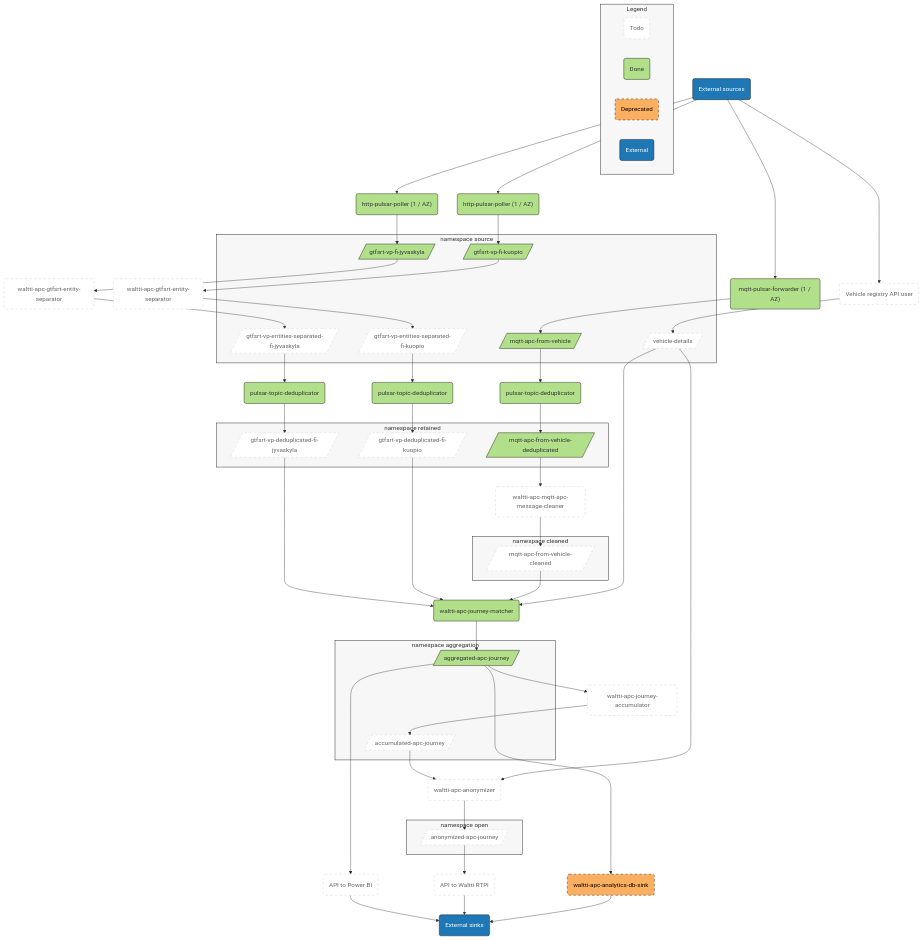
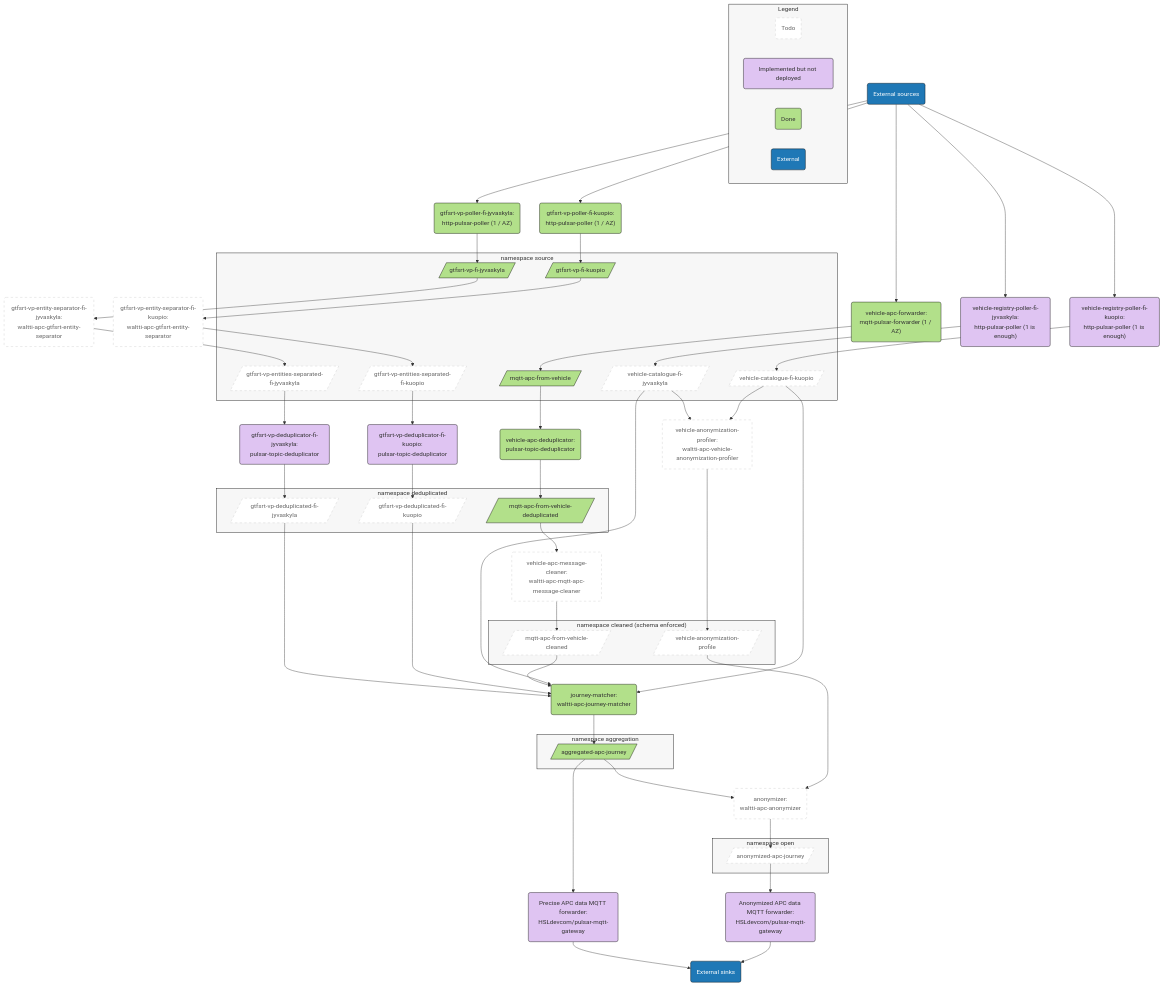
One commit to tvv-lippu-ja-maksujarjestelma-oy/waltti-apc changed the second of 2 diagrams in README.md. Above: the diagram before and after it, drawn with Mermaid. The commit also changed other lines of this file, not shown here.

Commit message:
docs: Update diagrams

````diff
--- a/README.md
+++ b/README.md
@@ -126,38 +109,38 @@
 
   %% Nodes
 
-  accumulator("waltti-apc-journey-accumulator")
-  anonymizer("waltti-apc-anonymizer")
-  apitopowerbi("API to Power BI")
-  apitortpioutput("API to Waltti RTPI")
-  dbsink("waltti-apc-analytics-db-sink")
+  anonymizer("anonymizer:<br/>waltti-apc-anonymizer")
   externalsinks("External sinks")
   externalsources("External sources")
-  gtfsrtentitydeduplicatorfijyvaskyla("pulsar-topic-deduplicator")
-  gtfsrtentitydeduplicatorfikuopio("pulsar-topic-deduplicator")
-  gtfsrtentityseparatorfijyvaskyla("waltti-apc-gtfsrt-entity-separator")
-  gtfsrtentityseparatorfikuopio("waltti-apc-gtfsrt-entity-separator")
-  httppulsarpollerfijyvaskyla("http-pulsar-poller (1 / AZ)")
-  httppulsarpollerfikuopio("http-pulsar-poller (1 / AZ)")
-  matcher("waltti-apc-journey-matcher")
-  mqttapcmessagecleaner("waltti-apc-mqtt-apc-message-cleaner")
-  mqttdeduplicator("pulsar-topic-deduplicator")
-  mqttpulsarforwarder("mqtt-pulsar-forwarder (1 / AZ)")
-  vehicleregistryapiuser("Vehicle registry API user")
+  gtfsrtentitydeduplicatorfijyvaskyla("gtfsrt-vp-deduplicator-fi-jyvaskyla:<br/>pulsar-topic-deduplicator")
+  gtfsrtentitydeduplicatorfikuopio("gtfsrt-vp-deduplicator-fi-kuopio:<br/>pulsar-topic-deduplicator")
+  gtfsrtentityseparatorfijyvaskyla("gtfsrt-vp-entity-separator-fi-jyvaskyla:<br/>waltti-apc-gtfsrt-entity-separator")
+  gtfsrtentityseparatorfikuopio("gtfsrt-vp-entity-separator-fi-kuopio:<br/>waltti-apc-gtfsrt-entity-separator")
+  gtfsrtpollerfijyvaskyla("gtfsrt-vp-poller-fi-jyvaskyla:<br/>http-pulsar-poller (1 / AZ)")
+  httppulsarpollerfikuopio("gtfsrt-vp-poller-fi-kuopio:<br/>http-pulsar-poller (1 / AZ)")
+  matcher("journey-matcher:<br/>waltti-apc-journey-matcher")
+  mqttapcmessagecleaner("vehicle-apc-message-cleaner:<br/>waltti-apc-mqtt-apc-message-cleaner")
+  mqttdeduplicator("vehicle-apc-deduplicator:<br/>pulsar-topic-deduplicator")
+  mqttpulsarforwarder("vehicle-apc-forwarder:<br/>mqtt-pulsar-forwarder (1 / AZ)")
+  pulsarmqttforwardertopowerbi("Precise APC data MQTT forwarder:<br/>HSLdevcom/pulsar-mqtt-gateway")
+  pulsarmqttforwardertortpioutput("Anonymized APC data MQTT forwarder:<br/>HSLdevcom/pulsar-mqtt-gateway")
+  vehicleanonymizationprofiler("vehicle-anonymization-profiler:<br/>waltti-apc-vehicle-anonymization-profiler")
+  vehicleregistrypollerfijyvaskyla("vehicle-registry-poller-fi-jyvaskyla:<br/>http-pulsar-poller (1 is enough)")
+  vehicleregistrypollerfikuopio("vehicle-registry-poller-fi-kuopio:<br/>http-pulsar-poller (1 is enough)")
   subgraph nsaggregation["namespace aggregation"]
-    accumulated[/"accumulated-apc-journey"/]
     aggregated[/"aggregated-apc-journey"/]
   end
-  subgraph nscleaned["namespace cleaned"]
+  subgraph nscleaned["namespace cleaned (schema enforced)"]
     mqttcleaned[/"mqtt-apc-from-vehicle-cleaned"/]
+    vehicleanonymizationprofile[/"vehicle-anonymization-profile"/]
+  end
+  subgraph nsdeduplicated["namespace deduplicated"]
+    gtfsrtdeduplicatedfijyvaskyla[/"gtfsrt-vp-deduplicated-fi-jyvaskyla"/]
+    gtfsrtdeduplicatedfikuopio[/"gtfsrt-vp-deduplicated-fi-kuopio"/]
+    mqttdeduplicated[/"mqtt-apc-from-vehicle-deduplicated"/]
   end
   subgraph nsopen["namespace open"]
     anonymized[/"anonymized-apc-journey"/]
-  end
-  subgraph nsretained["namespace retained"]
-    gtfsrtdeduplicatedfijyvaskyla[/"gtfsrt-vp-deduplicated-fi-jyvaskyla"/]
-    gtfsrtdeduplicatedfikuopio[/"gtfsrt-vp-deduplicated-fi-kuopio"/]
-    mqttdeduplicated[/"mqtt-apc-from-vehicle-deduplicated"/]
   end
   subgraph nssource["namespace source"]
     gtfsrtrawfijyvaskyla[/"gtfsrt-vp-fi-jyvaskyla"/]
@@ -165,25 +148,21 @@
     gtfsrtseparatedfijyvaskyla[/"gtfsrt-vp-entities-separated-fi-jyvaskyla"/]
     gtfsrtseparatedfikuopio[/"gtfsrt-vp-entities-separated-fi-kuopio"/]
     mqttraw[/"mqtt-apc-from-vehicle"/]
-    vehicledetails[/"vehicle-details"/]
+    vehicledetailsfijyvaskyla[/"vehicle-catalogue-fi-jyvaskyla"/]
+    vehicledetailsfikuopio[/"vehicle-catalogue-fi-kuopio"/]
   end
 
   %% Edges
 
-  accumulated --> anonymizer
-  accumulator --> accumulated
-  aggregated --> accumulator
-  aggregated --> apitopowerbi
-  aggregated --> dbsink
-  anonymized --> apitortpioutput
+  aggregated --> anonymizer
+  aggregated --> pulsarmqttforwardertopowerbi
+  anonymized --> pulsarmqttforwardertortpioutput
   anonymizer --> anonymized
-  apitopowerbi --> externalsinks
-  apitortpioutput --> externalsinks
-  dbsink --> externalsinks
-  externalsources --> httppulsarpollerfijyvaskyla
+  externalsources --> gtfsrtpollerfijyvaskyla
   externalsources --> httppulsarpollerfikuopio
   externalsources --> mqttpulsarforwarder
-  externalsources --> vehicleregistryapiuser
+  externalsources --> vehicleregistrypollerfijyvaskyla
+  externalsources --> vehicleregistrypollerfikuopio
   gtfsrtdeduplicatedfijyvaskyla --> matcher
   gtfsrtdeduplicatedfikuopio --> matcher
   gtfsrtentitydeduplicatorfijyvaskyla --> gtfsrtdeduplicatedfijyvaskyla
@@ -194,7 +173,7 @@
   gtfsrtrawfikuopio --> gtfsrtentityseparatorfikuopio
   gtfsrtseparatedfijyvaskyla --> gtfsrtentitydeduplicatorfijyvaskyla
   gtfsrtseparatedfikuopio --> gtfsrtentitydeduplicatorfikuopio
-  httppulsarpollerfijyvaskyla --> gtfsrtrawfijyvaskyla
+  gtfsrtpollerfijyvaskyla --> gtfsrtrawfijyvaskyla
   httppulsarpollerfikuopio --> gtfsrtrawfikuopio
   matcher --> aggregated
   mqttapcmessagecleaner --> mqttcleaned
@@ -203,22 +182,24 @@
   mqttdeduplicator --> mqttdeduplicated
   mqttpulsarforwarder --> mqttraw
   mqttraw --> mqttdeduplicator
-  vehicledetails --> anonymizer
-  vehicledetails --> matcher
-  vehicleregistryapiuser --> vehicledetails
+  pulsarmqttforwardertopowerbi --> externalsinks
+  pulsarmqttforwardertortpioutput --> externalsinks
+  vehicleanonymizationprofile --> anonymizer
+  vehicleanonymizationprofiler --> vehicleanonymizationprofile
+  vehicledetailsfijyvaskyla --> matcher
+  vehicledetailsfikuopio --> matcher
+  vehicledetailsfijyvaskyla --> vehicleanonymizationprofiler
+  vehicledetailsfikuopio --> vehicleanonymizationprofiler
+  vehicleregistrypollerfijyvaskyla --> vehicledetailsfijyvaskyla
+  vehicleregistrypollerfikuopio --> vehicledetailsfikuopio
 
   %% Styling
 
-  classDef deprecated fill:#fbaf60,stroke:#000,stroke-width:1px,color:#000,stroke-dasharray: 6 6
-  class dbsink deprecated
-
   classDef done fill:#b2e08a,stroke:#000
   class aggregated done
-  class gtfsrtentitydeduplicatorfijyvaskyla done
-  class gtfsrtentitydeduplicatorfikuopio done
   class gtfsrtrawfijyvaskyla done
   class gtfsrtrawfikuopio done
-  class httppulsarpollerfijyvaskyla done
+  class gtfsrtpollerfijyvaskyla done
   class httppulsarpollerfikuopio done
   class matcher done
   class mqttdeduplicated done
@@ -229,21 +210,25 @@
   classDef env fill:#f7f7f7,stroke:#000
   class nsaggregation env
   class nscleaned env
+  class nsdeduplicated env
   class nsopen env
-  class nsretained env
   class nssource env
 
   classDef external fill:#1f78b6,stroke:#000,color:#fff
   class externalsinks external
   class externalsources external
 
+  classDef implemented fill:#dfc4f2,stroke:#000
+  class gtfsrtentitydeduplicatorfijyvaskyla implemented
+  class gtfsrtentitydeduplicatorfikuopio implemented
+  class pulsarmqttforwardertopowerbi implemented
+  class pulsarmqttforwardertortpioutput implemented
+  class vehicleregistrypollerfijyvaskyla implemented
+  class vehicleregistrypollerfikuopio implemented
+
   classDef todo fill:#fff,stroke:#ccc,stroke-width:1px,color:#666,stroke-dasharray: 6 6
-  class accumulated todo
-  class accumulator todo
   class anonymized todo
   class anonymizer todo
-  class apitopowerbi todo
-  class apitortpioutput todo
   class gtfsrtdeduplicatedfijyvaskyla todo
   class gtfsrtdeduplicatedfikuopio todo
   class gtfsrtentityseparatorfijyvaskyla todo
@@ -252,20 +237,22 @@
   class gtfsrtseparatedfikuopio todo
   class mqttapcmessagecleaner todo
   class mqttcleaned todo
-  class vehicledetails todo
-  class vehicleregistryapiuser todo
+  class vehicleanonymizationprofile todo
+  class vehicleanonymizationprofiler todo
+  class vehicledetailsfijyvaskyla todo
+  class vehicledetailsfikuopio todo
 
   %% Legend
 
   subgraph legend["Legend"]
     legendtodo("Todo")
+    legendimplemented("Implemented but not deployed")
     legenddone("Done")
-    legenddeprecated("Deprecated")
     legendexternal("External")
   end
   class legend env
-  class legenddeprecated deprecated
   class legenddone done
   class legendexternal external
+  class legendimplemented implemented
   class legendtodo todo
 ```
````
